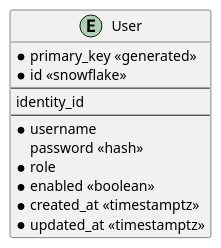
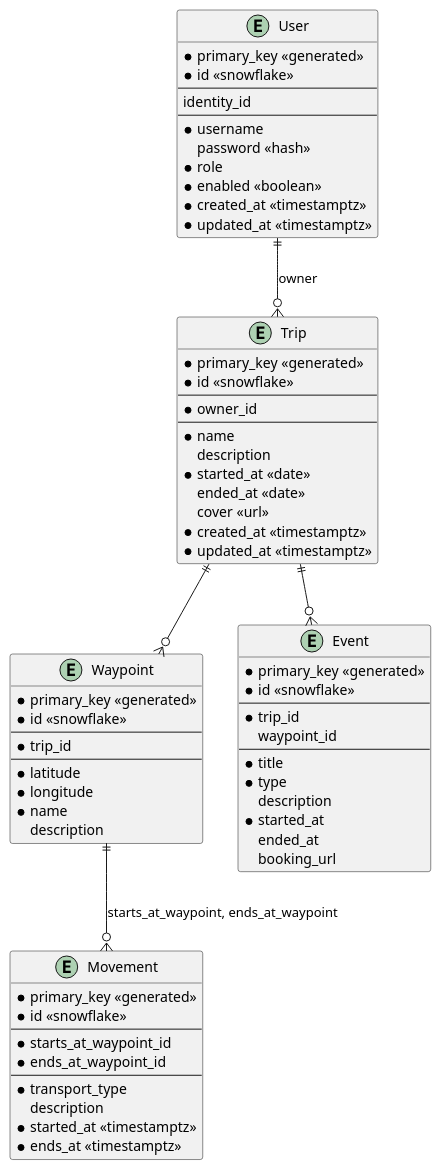
Before and after one commit to eliseydudin/prod-hack-kzn-2026-backend: the diagram in docs/database.puml, drawn with PlantUML. The commit also changed 4 other files, not shown here.

Commit message:
migrate the database to use enums, update the plantuml schema, generate the image based on plantuml

```diff
--- a/docs/database.puml
+++ b/docs/database.puml
@@ -1,17 +1,77 @@
 @startuml
 
 entity User {
 	* primary_key <<generated>>
 	* id <<snowflake>>
 	--
 	identity_id
 	--
 	* username
 	password <<hash>>
 	* role
 	* enabled <<boolean>>
 	* created_at <<timestamptz>>
 	* updated_at <<timestamptz>>
 }
 
+entity Trip {
+	* primary_key <<generated>>
+	* id <<snowflake>>
+	--
+	* owner_id
+	--
+	* name
+	description
+	* started_at <<date>>
+	ended_at <<date>>
+	cover <<url>>
+	* created_at <<timestamptz>>
+	* updated_at <<timestamptz>>
+}
+
+entity Waypoint {
+	* primary_key <<generated>>
+	* id <<snowflake>>
+	--
+	* trip_id
+	--
+	* latitude
+	* longitude
+	* name
+	description
+}
+
+entity Movement {
+	* primary_key <<generated>>
+	* id <<snowflake>>
+	--
+	* starts_at_waypoint_id
+	* ends_at_waypoint_id
+	--
+	* transport_type
+	description
+	* started_at <<timestamptz>>
+	* ends_at <<timestamptz>>
+}
+
+entity Event {
+	* primary_key <<generated>>
+	* id <<snowflake>>
+	--
+	* trip_id
+	waypoint_id
+	--
+	* title
+	* type
+	description
+	* started_at
+	ended_at
+	booking_url
+}
+
+User ||--o{ Trip : owner
+Trip ||--o{ Waypoint
+Waypoint ||--o{ Movement : starts_at_waypoint, ends_at_waypoint
+Trip ||--o{ Event
+
 @enduml
```
